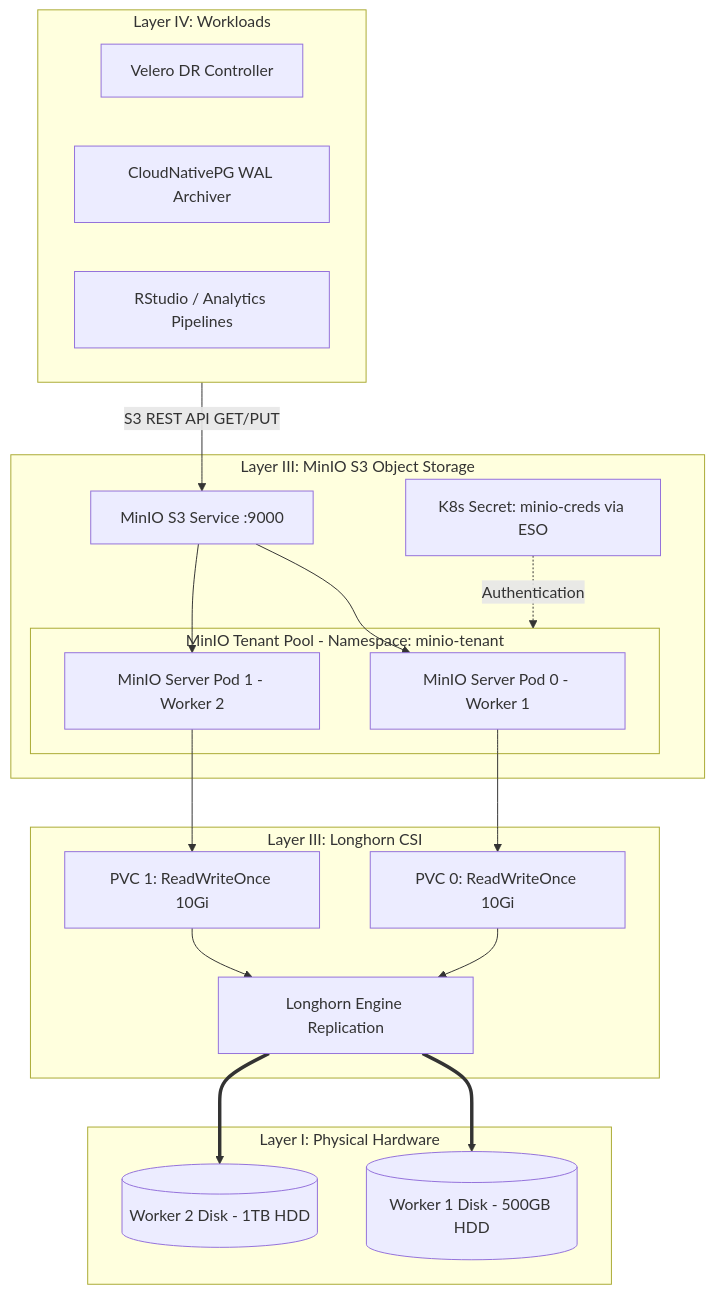
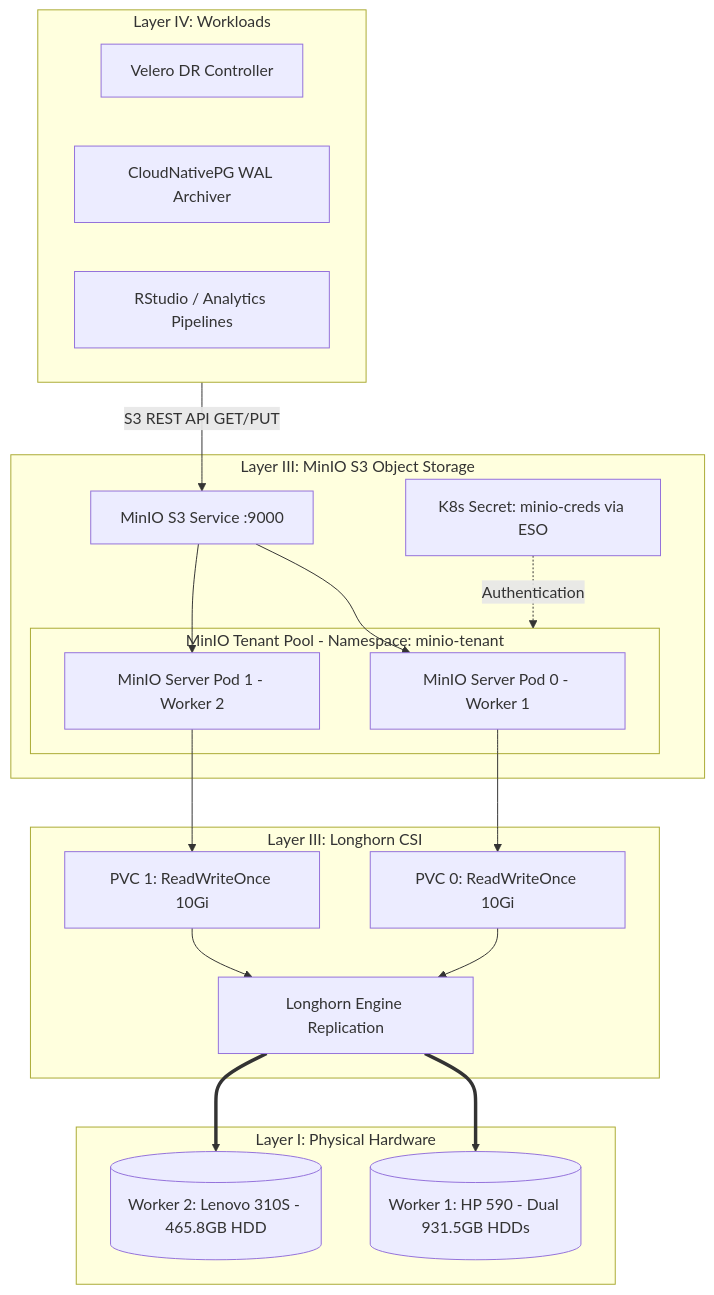
The diagram in docs/architecture/07-object-storage-foundation.md (nkester/Homelab), drawn with Mermaid before and after one commit. The commit also changed other lines of this file and 12 other files, not shown here.

Commit message:
docs: (refactor) complete feature 3.4-R Phase 1 hardware consolidation and update architecture blueprints.

````diff
--- a/docs/architecture/07-object-storage-foundation.md
+++ b/docs/architecture/07-object-storage-foundation.md
@@ -27,40 +27,40 @@
 ```mermaid
 graph TD
     subgraph L4 [Layer IV: Workloads]
         Velero[Velero DR Controller]
         CNPG[CloudNativePG WAL Archiver]
         ORSA[RStudio / Analytics Pipelines]
     end
 
     subgraph L3_Object [Layer III: MinIO S3 Object Storage]
         S3_SVC[MinIO S3 Service :9000]
         ESO_Secret[K8s Secret: minio-creds via ESO]
         
         subgraph TenantPool [MinIO Tenant Pool - Namespace: minio-tenant]
             Pod0[MinIO Server Pod 0 - Worker 1]
             Pod1[MinIO Server Pod 1 - Worker 2]
         end
     end
 
     subgraph L3_Block [Layer III: Longhorn CSI]
         PVC0[PVC 0: ReadWriteOnce 10Gi]
         PVC1[PVC 1: ReadWriteOnce 10Gi]
         LHEngine[Longhorn Engine Replication]
     end
 
     subgraph L1 [Layer I: Physical Hardware]
-        W01_Disk[(Worker 1 Disk - 500GB HDD)]
-        W02_Disk[(Worker 2 Disk - 1TB HDD)]
+        W01_Disk[(Worker 1: HP 590 - Dual 931.5GB HDDs)]
+        W02_Disk[(Worker 2: Lenovo 310S - 465.8GB HDD)]
     end
 
     %% Flow
     L4 -- S3 REST API GET/PUT --> S3_SVC
     S3_SVC --> Pod0 & Pod1
     ESO_Secret -. Authentication .-> TenantPool
     
     Pod0 --> PVC0
     Pod1 --> PVC1
     PVC0 & PVC1 --> LHEngine
     
     LHEngine ==> W01_Disk & W02_Disk
 ```
````
